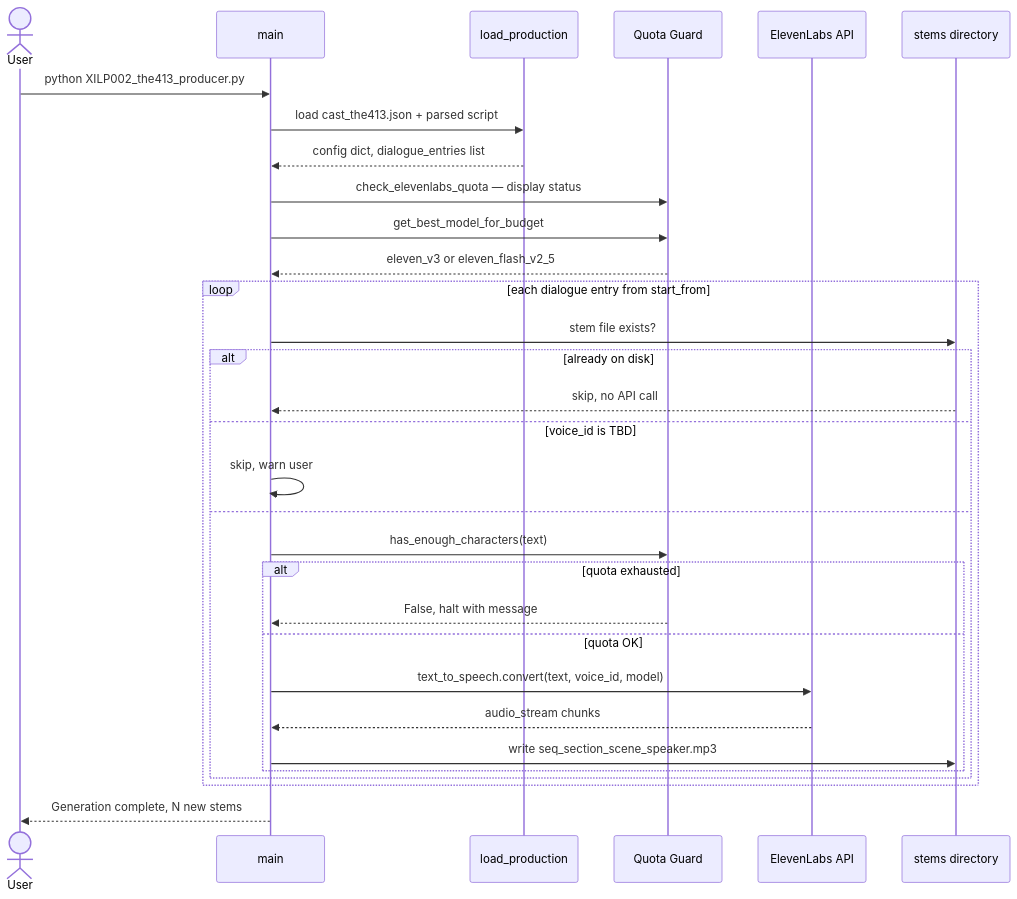
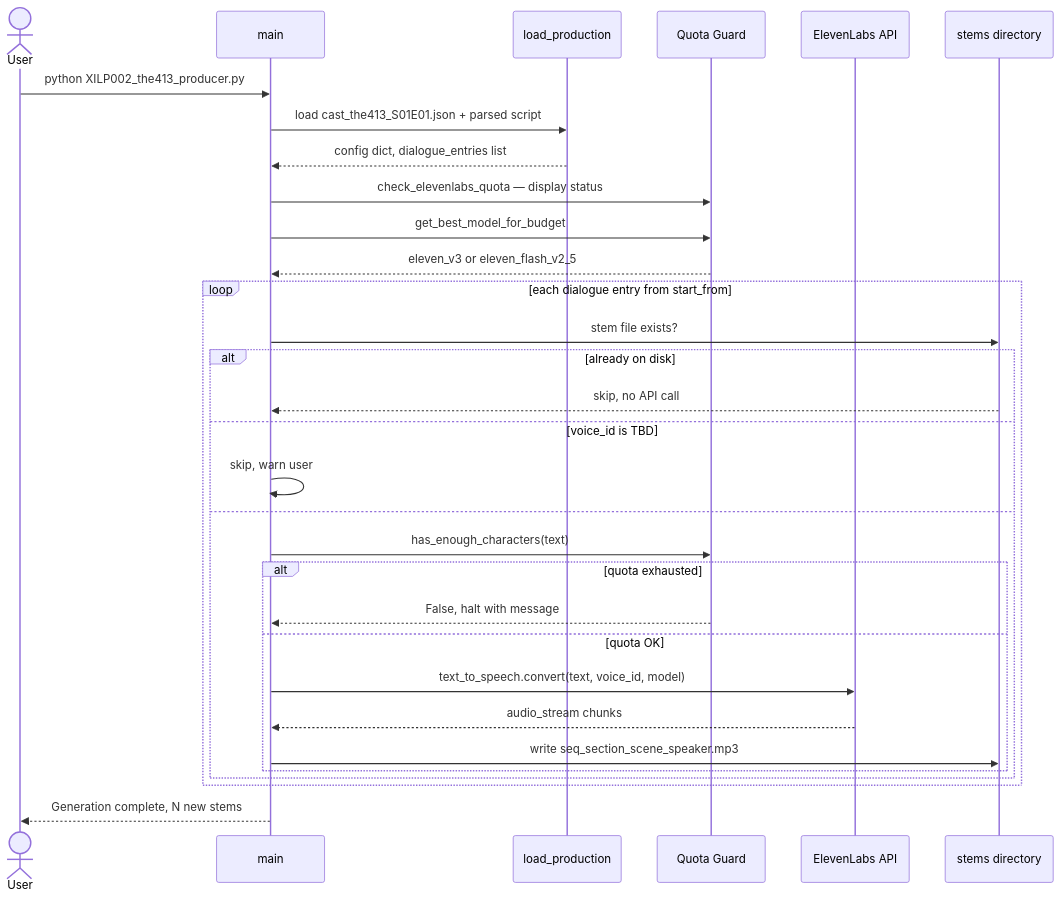
One commit to tazlin/xil-pipeline changed the fourth of 7 diagrams in docs/pipeline.md. Above: the diagram before and after it, drawn with Mermaid. The commit also changed other lines of this file and 16 other files, not shown here.

````diff
--- a/docs/pipeline.md
+++ b/docs/pipeline.md
@@ -118,37 +118,37 @@
 ```mermaid
 sequenceDiagram
     actor User
     participant M as main
     participant LP as load_production
     participant QG as Quota Guard
     participant API as ElevenLabs API
     participant FS as stems directory
 
     User->>M: python XILP002_the413_producer.py
-    M->>LP: load cast_the413.json + parsed script
+    M->>LP: load cast_the413_S01E01.json + parsed script
     LP-->>M: config dict, dialogue_entries list
 
     M->>QG: check_elevenlabs_quota — display status
     M->>QG: get_best_model_for_budget
     QG-->>M: eleven_v3 or eleven_flash_v2_5
 
     loop each dialogue entry from start_from
         M->>FS: stem file exists?
         alt already on disk
             FS-->>M: skip, no API call
         else voice_id is TBD
             M->>M: skip, warn user
         else
             M->>QG: has_enough_characters(text)
             alt quota exhausted
                 QG-->>M: False, halt with message
             else quota OK
                 M->>API: text_to_speech.convert(text, voice_id, model)
                 API-->>M: audio_stream chunks
                 M->>FS: write seq_section_scene_speaker.mp3
             end
         end
     end
 
     M-->>User: Generation complete, N new stems
 ```
````
